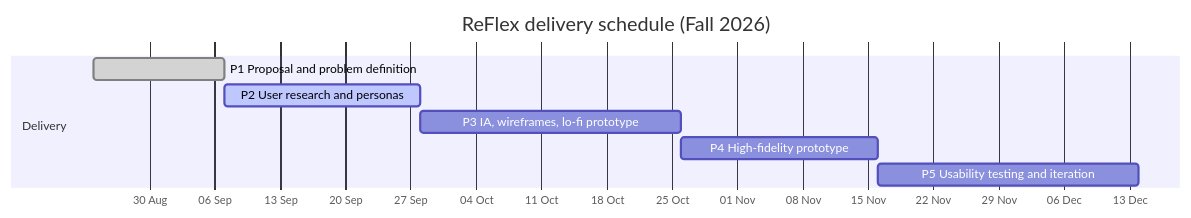
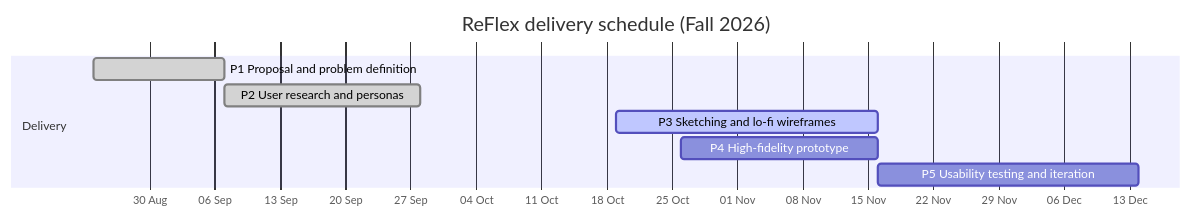
The second of 2 diagrams in README.md (bilal-rauf-dev/reflex-student-portal), drawn with Mermaid before and after one commit. The commit also changed other lines of this file and 39 other files, not shown here.

````diff
--- a/README.md
+++ b/README.md
@@ -201,12 +205,12 @@
 ```mermaid
 gantt
     title ReFlex delivery schedule (Fall 2026)
     dateFormat YYYY-MM-DD
     axisFormat %d %b
     section Delivery
     P1 Proposal and problem definition  :done,   p1, 2026-08-24, 14d
-    P2 User research and personas       :active, p2, 2026-09-07, 21d
-    P3 IA, wireframes, lo-fi prototype  :        p3, 2026-09-28, 28d
+    P2 User research and personas       :done,   p2, 2026-09-07, 21d
+    P3 Sketching and lo-fi wireframes   :active, p3, 2026-10-19, 28d
     P4 High-fidelity prototype          :        p4, 2026-10-26, 21d
     P5 Usability testing and iteration  :        p5, 2026-11-16, 28d
 ```
````
